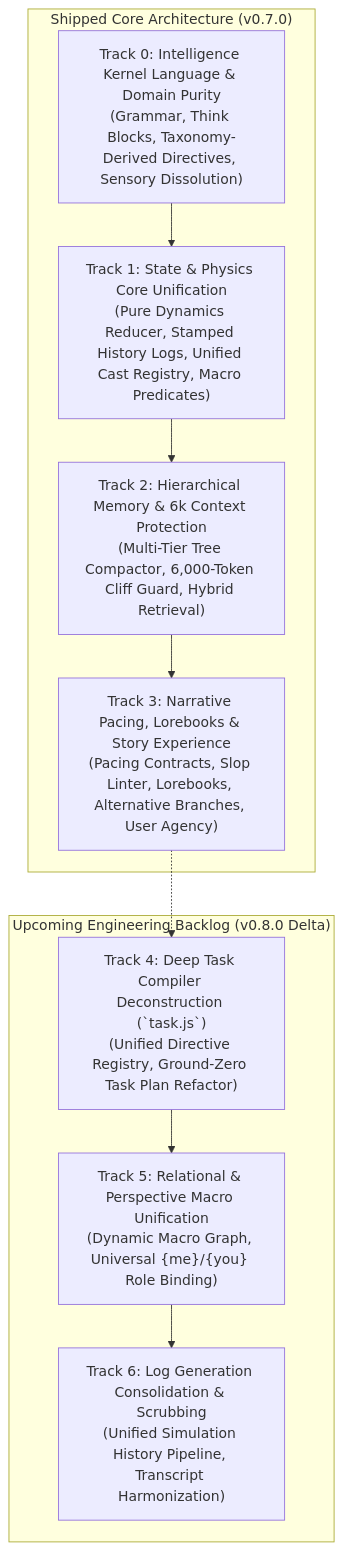
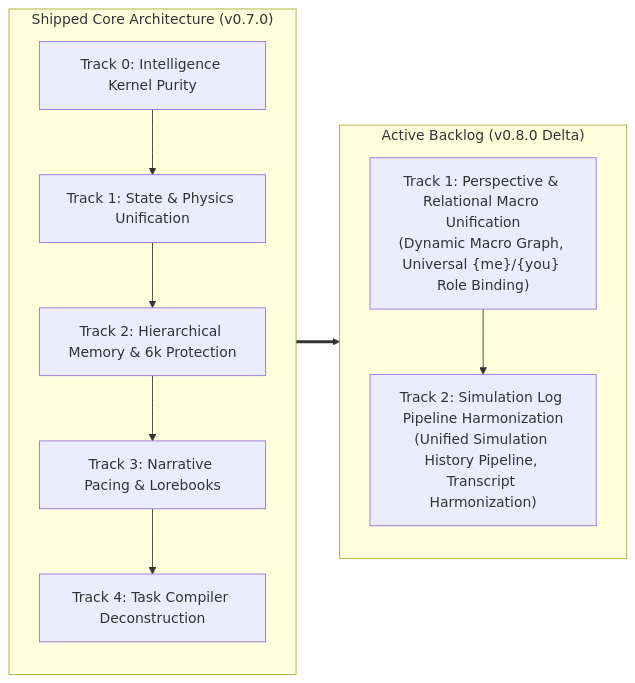
One commit to JooduG/RPGlitch changed the diagram in ROADMAP.md. Above: the diagram before and after it, drawn with Mermaid. The commit also changed other lines of this file and 5 other files, not shown here.

````diff
--- a/ROADMAP.md
+++ b/ROADMAP.md
@@ -19,18 +19,21 @@
 ```mermaid
-flowchart TD
+flowchart LR
     subgraph Shipped["Shipped Core Architecture (v0.7.0)"]
-        T0["Track 0: Intelligence Kernel Language & Domain Purity<br>(Grammar, Think Blocks, Taxonomy-Derived Directives, Sensory Dissolution)"]
-        T1["Track 1: State & Physics Core Unification<br>(Pure Dynamics Reducer, Stamped History Logs, Unified Cast Registry, Macro Predicates)"]
-        T2["Track 2: Hierarchical Memory & 6k Context Protection<br>(Multi-Tier Tree Compactor, 6,000-Token Cliff Guard, Hybrid Retrieval)"]
-        T3["Track 3: Narrative Pacing, Lorebooks & Story Experience<br>(Pacing Contracts, Slop Linter, Lorebooks, Alternative Branches, User Agency)"]
+        direction TB
+        T0["Track 0: Intelligence Kernel Purity"]
+        T1["Track 1: State & Physics Unification"]
+        T2["Track 2: Hierarchical Memory & 6k Protection"]
+        T3["Track 3: Narrative Pacing & Lorebooks"]
+        T4["Track 4: Task Compiler Deconstruction"]
+        T0 --> T1 --> T2 --> T3 --> T4
     end
-    T0 --> T1 --> T2 --> T3
 
-    subgraph ActiveBacklog["Upcoming Engineering Backlog (v0.8.0 Delta)"]
-        T4["Track 4: Deep Task Compiler Deconstruction (`task.js`)<br>(Unified Directive Registry, Ground-Zero Task Plan Refactor)"]
-        T5["Track 5: Relational & Perspective Macro Unification<br>(Dynamic Macro Graph, Universal {me}/{you} Role Binding)"]
-        T6["Track 6: Log Generation Consolidation & Scrubbing<br>(Unified Simulation History Pipeline, Transcript Harmonization)"]
+    subgraph ActiveBacklog["Active Backlog (v0.8.0 Delta)"]
+        direction TB
+        T_ACT1["Track 1: Perspective & Relational Macro Unification<br>(Dynamic Macro Graph, Universal {me}/{you} Role Binding)"]
+        T_ACT2["Track 2: Simulation Log Pipeline Harmonization<br>(Unified Simulation History Pipeline, Transcript Harmonization)"]
+        T_ACT1 --> T_ACT2
     end
-    T3 -.-> T4
-    T4 --> T5 --> T6
+
+    Shipped ==> ActiveBacklog
 ```
````
